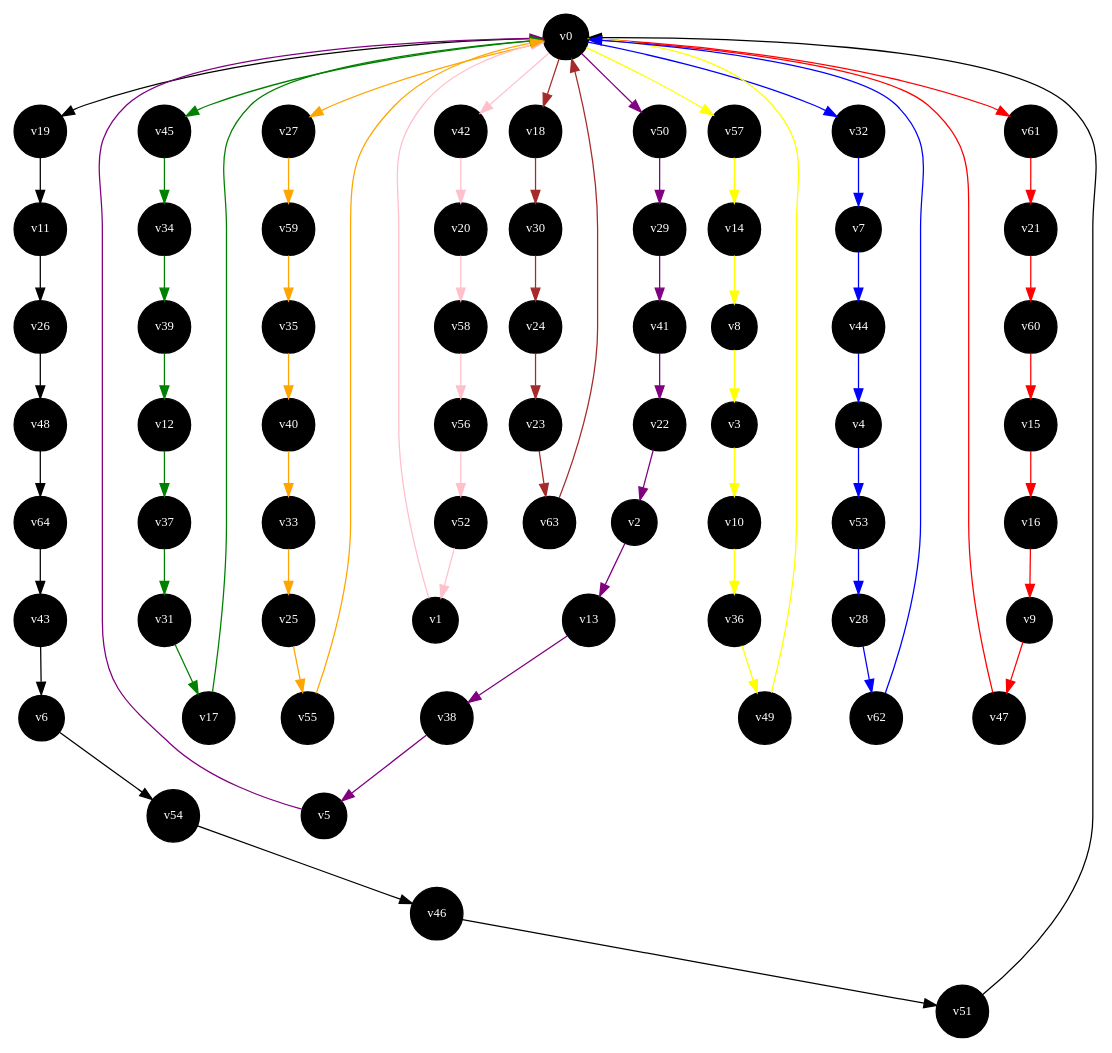
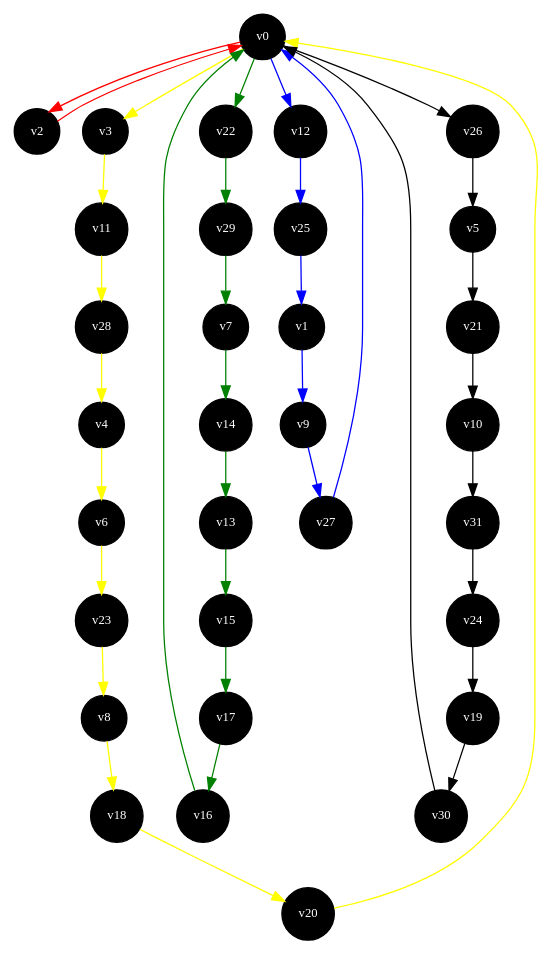
One commit to Muril0S4lvador/graphs changed the diagram in imgs/routes.dot. Above: the diagram before and after it, drawn with Graphviz. The commit also changed 4 other files, not shown here.

```diff
--- a/imgs/routes.dot
+++ b/imgs/routes.dot
@@ -1,105 +1,56 @@
 graph {
 node[fontcolor = white, fillcolor = black, style = filled, shape = circle, fontsize = "10", overlap = "false"];
-v0 [pos = "2.58, 5.26!"];
-v1 [pos = "3.61, 0.72!"];
-v2 [pos = "9.59, 7.73!"];
-v3 [pos = "5.46, 9.79!"];
-v4 [pos = "5.26, 8.35!"];
-v5 [pos = "5.26, 5.67!"];
-v6 [pos = "0.10, 6.91!"];
-v7 [pos = "0.93, 2.37!"];
-v8 [pos = "7.73, 0.72!"];
-v9 [pos = "1.55, 10.00!"];
-v10 [pos = "8.14, 0.52!"];
-v11 [pos = "0.93, 1.96!"];
-v12 [pos = "4.02, 0.10!"];
-v13 [pos = "4.85, 0.10!"];
-v14 [pos = "3.40, 10.00!"];
-v15 [pos = "2.78, 8.56!"];
-v16 [pos = "8.56, 8.14!"];
-v17 [pos = "1.75, 6.08!"];
-v18 [pos = "4.85, 1.96!"];
-v19 [pos = "5.88, 0.93!"];
-v20 [pos = "8.97, 4.23!"];
-v21 [pos = "5.67, 2.58!"];
-v22 [pos = "2.16, 9.38!"];
-v23 [pos = "2.16, 1.34!"];
-v24 [pos = "6.91, 0.10!"];
-v25 [pos = "6.08, 2.16!"];
-v26 [pos = "0.10, 7.73!"];
-v27 [pos = "3.40, 8.76!"];
-v28 [pos = "2.58, 2.16!"];
-v29 [pos = "4.64, 2.99!"];
-v30 [pos = "6.49, 7.94!"];
-v31 [pos = "0.10, 7.94!"];
-v32 [pos = "7.94, 4.23!"];
-v33 [pos = "3.61, 1.13!"];
-v34 [pos = "0.93, 7.94!"];
-v35 [pos = "6.29, 8.97!"];
-v36 [pos = "6.08, 9.38!"];
-v37 [pos = "6.49, 8.14!"];
-v38 [pos = "10.00, 6.91!"];
-v39 [pos = "0.93, 4.64!"];
-v40 [pos = "9.59, 2.16!"];
-v41 [pos = "8.56, 7.32!"];
-v42 [pos = "9.79, 5.88!"];
-v43 [pos = "3.20, 7.11!"];
-v44 [pos = "7.94, 1.75!"];
-v45 [pos = "6.49, 5.88!"];
-v46 [pos = "0.31, 6.49!"];
-v47 [pos = "1.13, 7.11!"];
-v48 [pos = "0.72, 0.93!"];
-v49 [pos = "3.81, 6.70!"];
-v50 [pos = "7.73, 8.56!"];
-v51 [pos = "1.55, 5.46!"];
-v52 [pos = "7.11, 0.52!"];
-v53 [pos = "7.11, 2.78!"];
-v54 [pos = "0.52, 1.96!"];
-v55 [pos = "5.05, 3.20!"];
-v56 [pos = "7.94, 1.75!"];
-v57 [pos = "1.55, 0.72!"];
-v58 [pos = "9.38, 4.02!"];
-v59 [pos = "8.14, 1.75!"];
-v60 [pos = "6.91, 7.73!"];
-v61 [pos = "9.59, 5.26!"];
-v62 [pos = "2.58, 3.40!"];
-v63 [pos = "0.93, 1.96!"];
-v64 [pos = "0.31, 6.70!"];
+v0 [pos = "8.37, 7.84!"];
+v1 [pos = "9.80, 4.54!"];
+v2 [pos = "5.10, 0.52!"];
+v3 [pos = "5.00, 0.82!"];
+v4 [pos = "1.33, 0.72!"];
+v5 [pos = "2.96, 9.18!"];
+v6 [pos = "5.92, 3.09!"];
+v7 [pos = "8.57, 4.02!"];
+v8 [pos = "1.43, 2.47!"];
+v9 [pos = "0.20, 4.02!"];
+v10 [pos = "0.31, 8.45!"];
+v11 [pos = "0.51, 1.03!"];
+v12 [pos = "10.00, 5.36!"];
+v13 [pos = "8.57, 2.58!"];
+v14 [pos = "6.22, 6.08!"];
+v15 [pos = "0.10, 6.70!"];
+v16 [pos = "8.98, 5.26!"];
+v17 [pos = "9.29, 0.21!"];
+v18 [pos = "1.94, 3.30!"];
+v19 [pos = "9.49, 0.31!"];
+v20 [pos = "5.10, 9.59!"];
+v21 [pos = "10.00, 1.44!"];
+v22 [pos = "0.51, 4.33!"];
+v23 [pos = "4.29, 0.93!"];
+v24 [pos = "6.22, 6.39!"];
+v25 [pos = "0.92, 10.00!"];
+v26 [pos = "8.16, 5.67!"];
+v27 [pos = "5.82, 7.11!"];
+v28 [pos = "2.35, 1.55!"];
+v29 [pos = "2.04, 7.22!"];
+v30 [pos = "8.67, 6.19!"];
+v31 [pos = "10.00, 0.52!"];
 edge [dir = forward];
 
 edge [color = "black"];
 
-v0 -- v19 -- v11 -- v26 -- v48 -- v64 -- v43 -- v6 -- v54 -- v46 -- v51 -- v0 ;
+v0 -- v26 -- v5 -- v21 -- v10 -- v31 -- v24 -- v19 -- v30 -- v0 ;
 
 edge [color = "green"];
 
-v0 -- v45 -- v34 -- v39 -- v12 -- v37 -- v31 -- v17 -- v0 ;
+v0 -- v22 -- v29 -- v7 -- v14 -- v13 -- v15 -- v17 -- v16 -- v0 ;
 
 edge [color = "blue"];
 
-v0 -- v32 -- v7 -- v44 -- v4 -- v53 -- v28 -- v62 -- v0 ;
+v0 -- v12 -- v25 -- v1 -- v9 -- v27 -- v0 ;
 
 edge [color = "yellow"];
 
-v0 -- v57 -- v14 -- v8 -- v3 -- v10 -- v36 -- v49 -- v0 ;
+v0 -- v3 -- v11 -- v28 -- v4 -- v6 -- v23 -- v8 -- v18 -- v20 -- v0 ;
 
 edge [color = "red"];
 
-v0 -- v61 -- v21 -- v60 -- v15 -- v16 -- v9 -- v47 -- v0 ;
-
-edge [color = "purple"];
-
-v0 -- v50 -- v29 -- v41 -- v22 -- v2 -- v13 -- v38 -- v5 -- v0 ;
-
-edge [color = "orange"];
-
-v0 -- v27 -- v59 -- v35 -- v40 -- v33 -- v25 -- v55 -- v0 ;
-
-edge [color = "brown"];
-
-v0 -- v18 -- v30 -- v24 -- v23 -- v63 -- v0 ;
-
-edge [color = "pink"];
-
-v0 -- v42 -- v20 -- v58 -- v56 -- v52 -- v1 -- v0 ;
+v0 -- v2 -- v0 ;
 }
```
